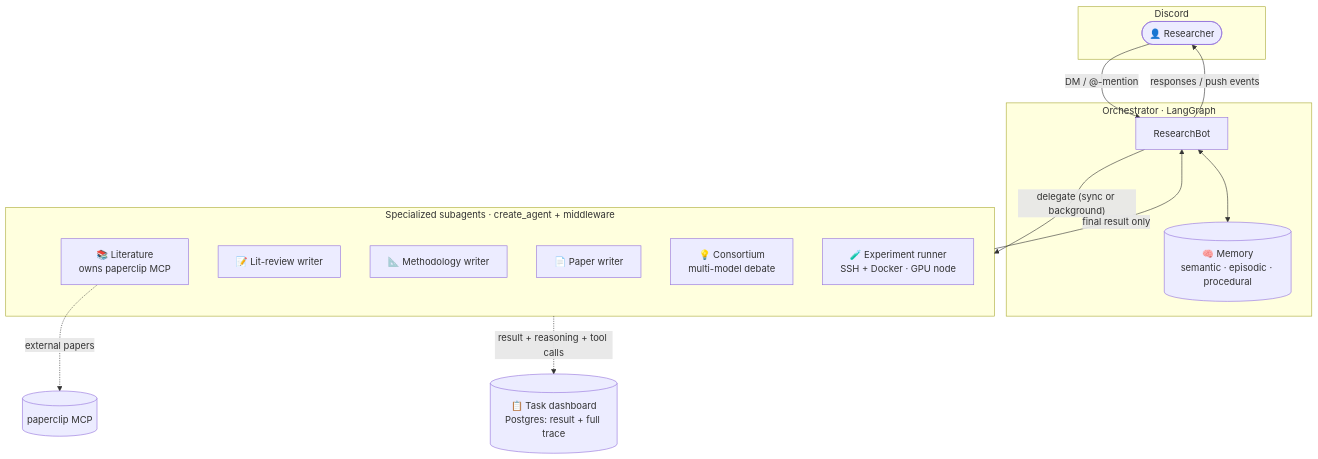
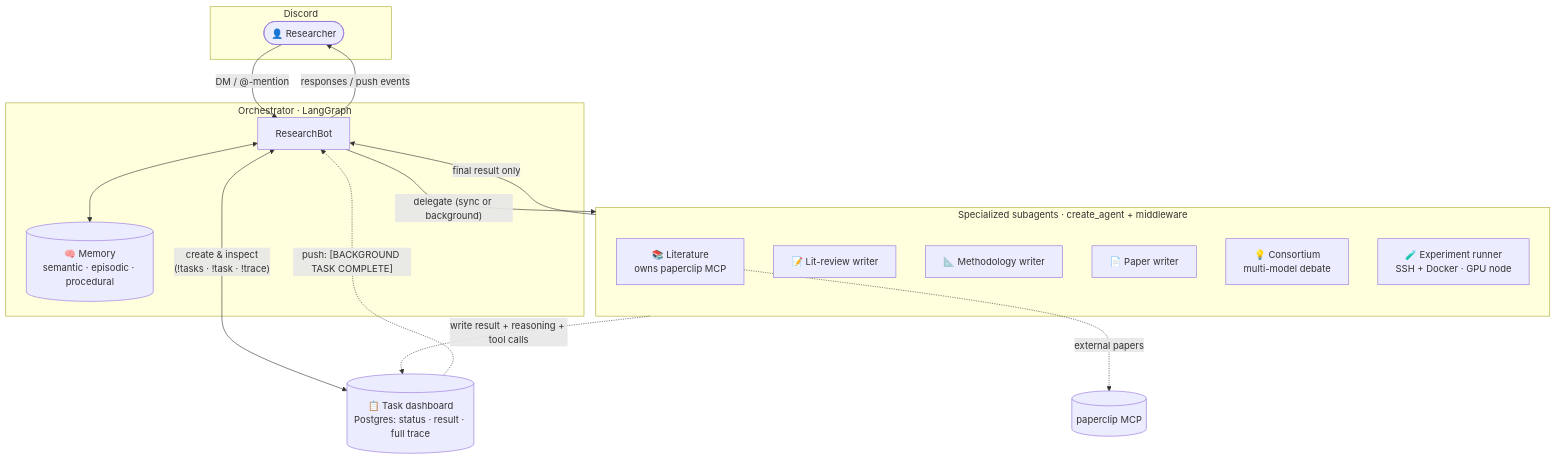
One commit to makhanov-nu/research_agent changed the diagram in README.md. Above: the diagram before and after it, drawn with Mermaid.

Commit message:
README: show orchestrator <-> task dashboard in the architecture diagram
The bot creates & inspects tasks (!tasks/!task/!trace) and receives
push-based completion events; subagents write result + full trace.

````diff
--- a/README.md
+++ b/README.md
@@ -61,32 +61,34 @@
 ```mermaid
 flowchart TB
     you([👤 Researcher])
 
     subgraph discord [Discord]
         you
     end
 
     subgraph orch [Orchestrator · LangGraph]
         bot[ResearchBot]
         mem[(🧠 Memory<br/>semantic · episodic · procedural)]
         bot <--> mem
     end
 
+    dash[(📋 Task dashboard<br/>Postgres: status · result · full trace)]
+
     subgraph subs [Specialized subagents · create_agent + middleware]
         lit[📚 Literature<br/>owns paperclip MCP]
         review[📝 Lit-review writer]
         method[📐 Methodology writer]
         paper[📄 Paper writer]
         cons[💡 Consortium<br/>multi-model debate]
         exp[🧪 Experiment runner<br/>SSH + Docker · GPU node]
     end
 
-    dash[(📋 Task dashboard<br/>Postgres: result + full trace)]
-
     you -- DM / @-mention --> bot
     bot -- "delegate (sync or background)" --> subs
     subs -- "final result only" --> bot
     bot -- responses / push events --> you
-    subs -. "result + reasoning + tool calls" .-> dash
+    bot <-- "create & inspect<br/>(!tasks · !task · !trace)" --> dash
+    subs -. "write result + reasoning + tool calls" .-> dash
+    dash -. "push: [BACKGROUND TASK COMPLETE]" .-> bot
     lit -. external papers .-> paperclip[(paperclip MCP)]
 ```
````
